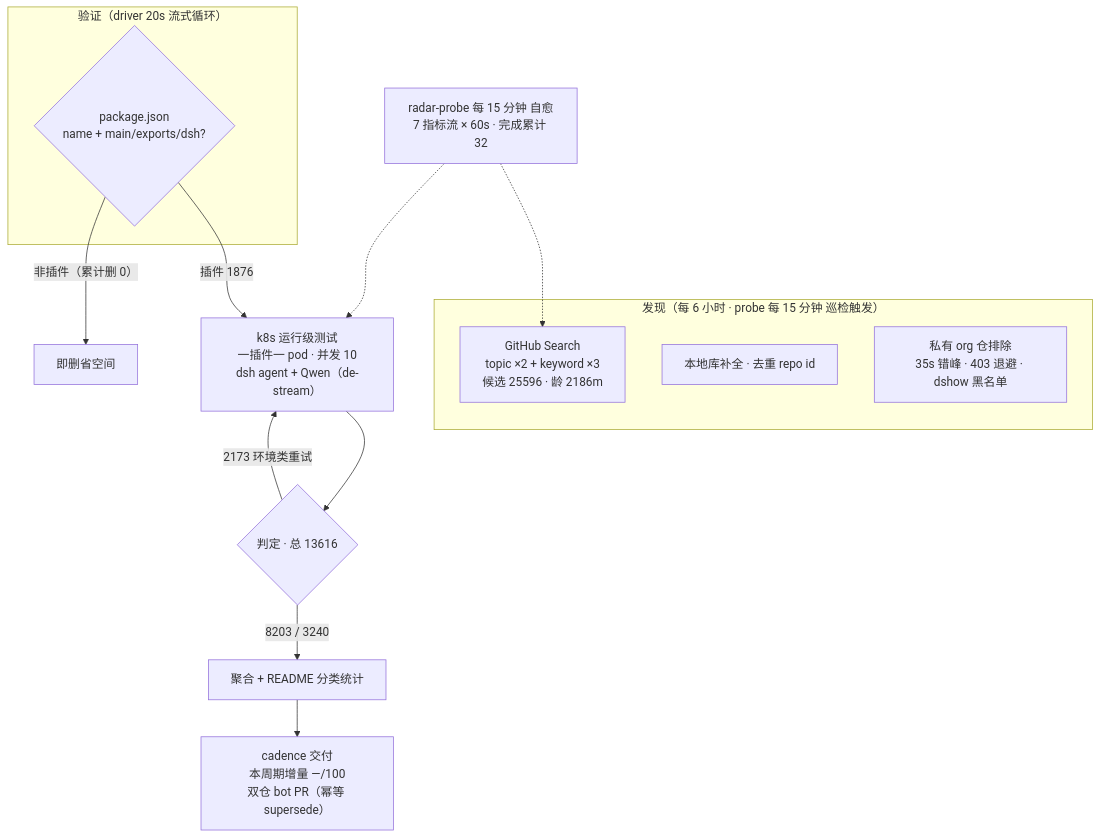
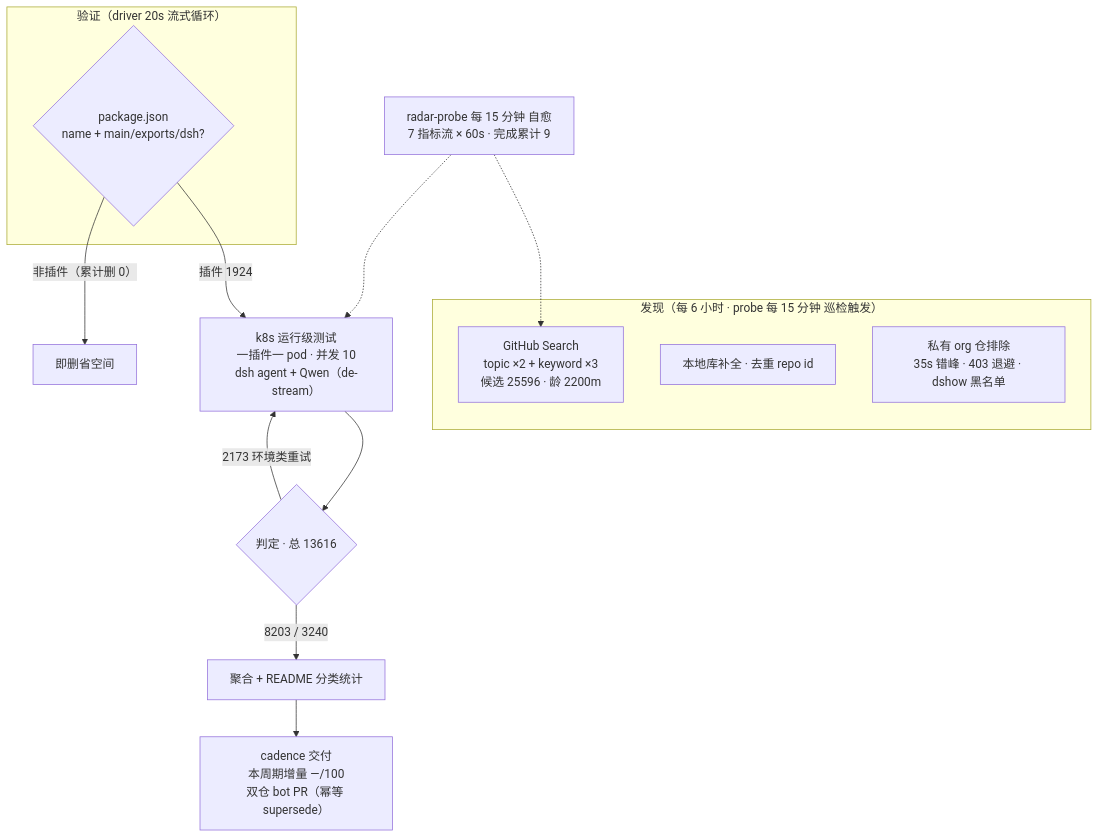
Before and after one commit to Zhidao-Lab-OSS/awesome-dsh-plugins: the diagram in README.md, drawn with Mermaid. The commit also changed other lines of this file and 1 other file, not shown here.

Commit message:
readme-render: 渲染自快照 20261003T100001Z（自托管 Bot B · merge 门控）

````diff
--- a/README.md
+++ b/README.md
@@ -54,20 +54,20 @@
 ```mermaid
 flowchart TB
     subgraph Discovery["发现（每 6 小时 · probe 每 15 分钟 巡检触发）"]
-        A1["GitHub Search<br/>topic ×2 + keyword ×3<br/>候选 25596 · 龄 2186m"]
+        A1["GitHub Search<br/>topic ×2 + keyword ×3<br/>候选 25596 · 龄 2200m"]
         A2["本地库补全 · 去重 repo id"]
         A3["私有 org 仓排除<br/>35s 错峰 · 403 退避 · dshow 黑名单"]
     end
     subgraph Validation["验证（driver 20s 流式循环）"]
         B1{"package.json<br/>name + main/exports/dsh?"}
     end
-    B1 -->|"插件 1876"| C1["k8s 运行级测试<br/>一插件一 pod · 并发 10<br/>dsh agent + Qwen（de-stream）"]
+    B1 -->|"插件 1924"| C1["k8s 运行级测试<br/>一插件一 pod · 并发 10<br/>dsh agent + Qwen（de-stream）"]
     B1 -->|"非插件（累计删 0）"| B3["即删省空间"]
     C1 --> D1{"判定 · 总 13616"}
     D1 -->|"8203 / 3240"| E1["聚合 + README 分类统计"]
     D1 -->|"2173 环境类重试"| C1
     E1 --> E2["cadence 交付<br/>本周期增量 —/100<br/>双仓 bot PR（幂等 supersede）"]
-    M["radar-probe 每 15 分钟 自愈<br/>7 指标流 × 60s · 完成累计 32"]
+    M["radar-probe 每 15 分钟 自愈<br/>7 指标流 × 60s · 完成累计 9"]
     M -.-> A1
     M -.-> C1
 ```
````
